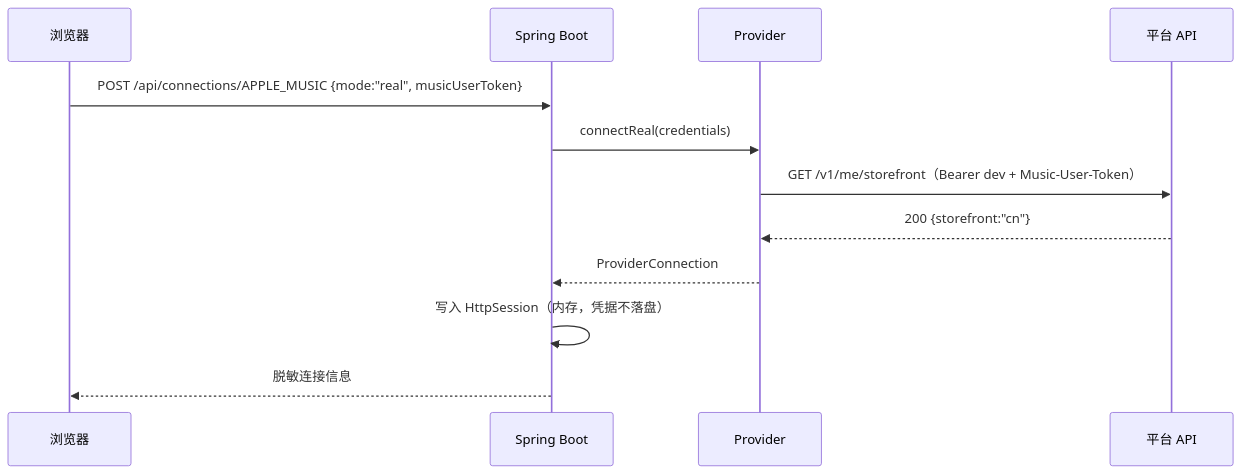
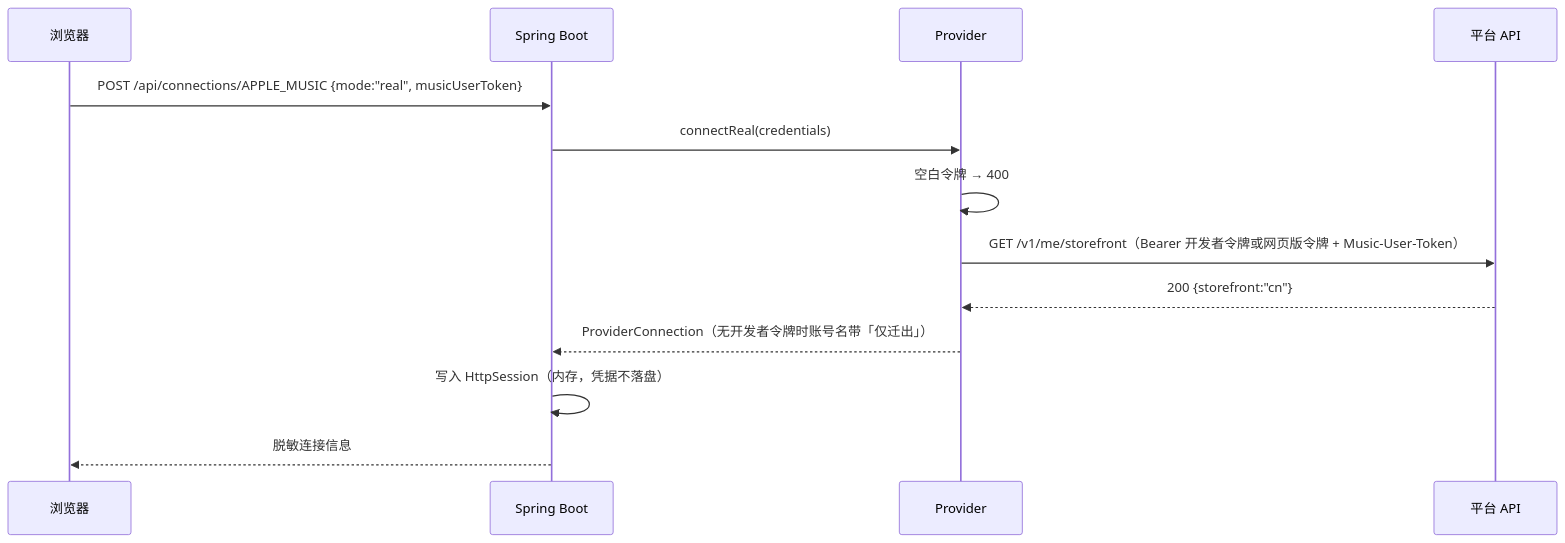
Before and after one commit to s610xxx/tunebridge: the second of 3 diagrams in docs/TECH_DESIGN.md, drawn with Mermaid. The commit also changed other lines of this file and 29 other files, not shown here.

````diff
--- a/docs/TECH_DESIGN.md
+++ b/docs/TECH_DESIGN.md
@@ -300,14 +322,15 @@
 ```mermaid
 sequenceDiagram
     participant B as 浏览器
     participant S as Spring Boot
     participant P as Provider
     participant API as 平台 API
     B->>S: POST /api/connections/APPLE_MUSIC {mode:"real", musicUserToken}
     S->>P: connectReal(credentials)
-    P->>API: GET /v1/me/storefront（Bearer dev + Music-User-Token）
+    P->>P: 空白令牌 → 400
+    P->>API: GET /v1/me/storefront（Bearer 开发者令牌或网页版令牌 + Music-User-Token）
     API-->>P: 200 {storefront:"cn"}
-    P-->>S: ProviderConnection
+    P-->>S: ProviderConnection（无开发者令牌时账号名带「仅迁出」）
     S->>S: 写入 HttpSession（内存，凭据不落盘）
     S-->>B: 脱敏连接信息
 ```
````
